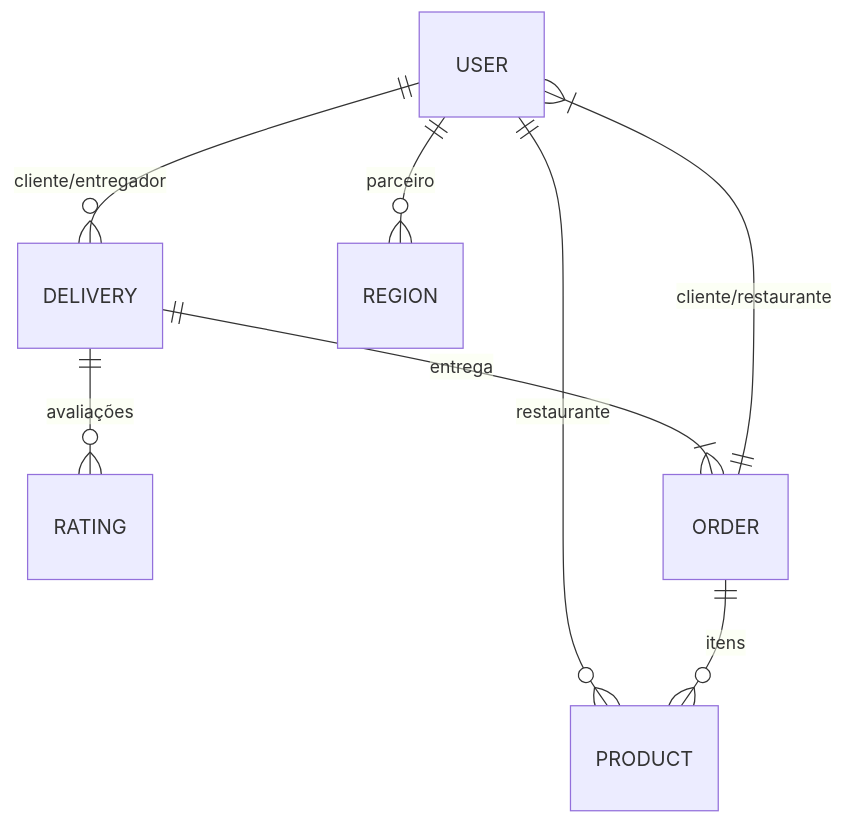
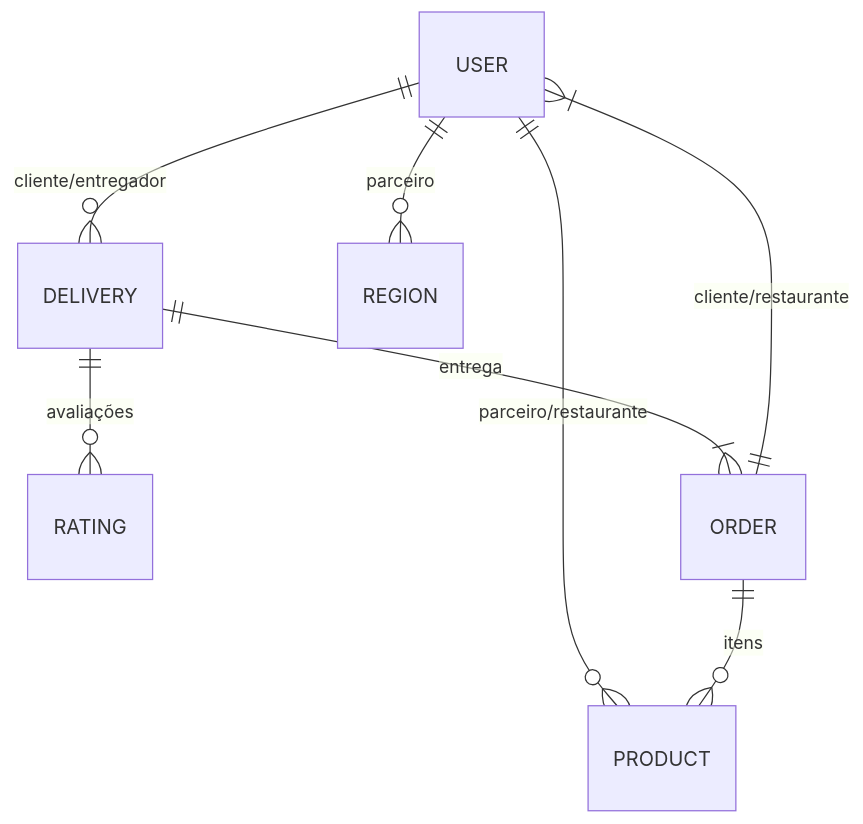
The diagram in README.md (nishino-ltda/todoke), drawn with Mermaid before and after one commit. The commit also changed other lines of this file and 75 other files, not shown here.

````diff
--- a/README.md
+++ b/README.md
@@ -23,10 +23,10 @@
 ```mermaid
 erDiagram
     USER ||--o{ DELIVERY : "cliente/entregador"
     USER ||--o{ REGION : "parceiro"
-    USER ||--o{ PRODUCT : "restaurante"
+    USER ||--o{ PRODUCT : "parceiro/restaurante"
     DELIVERY ||--o{ RATING : "avaliações"
     DELIVERY ||--|{ ORDER : "entrega"
     ORDER ||--o{ PRODUCT : "itens"
     ORDER ||--|{ USER : "cliente/restaurante"
 ```
````
